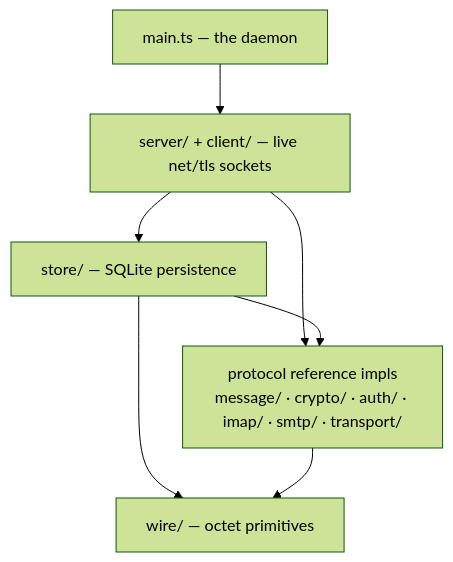
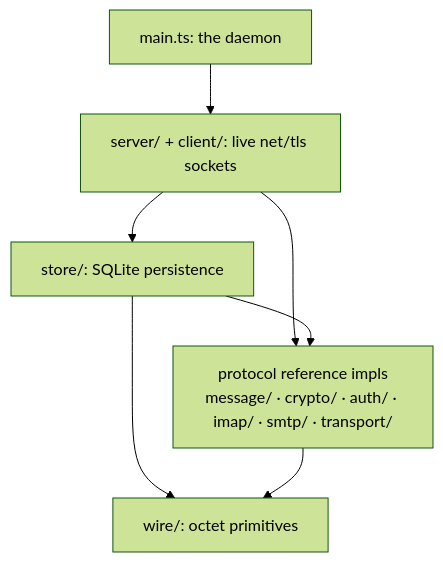
One commit to jamie-lord/cutiemail changed the fourth of 6 diagrams in docs/ARCHITECTURE.md. Above: the diagram before and after it, drawn with Mermaid (forest theme). The commit also changed other lines of this file and 58 other files, not shown here.

````diff
--- a/docs/ARCHITECTURE.md
+++ b/docs/ARCHITECTURE.md
@@ -119,9 +117,9 @@
 ```mermaid
 flowchart TB
-    main["main.ts — the daemon"] --> net["server/ + client/ — live net/tls sockets"]
-    net --> store["store/ — SQLite persistence"]
+    main["main.ts: the daemon"] --> net["server/ + client/: live net/tls sockets"]
+    net --> store["store/: SQLite persistence"]
     net --> proto["protocol reference impls<br/>message/ · crypto/ · auth/ · imap/ · smtp/ · transport/"]
     store --> proto
-    store --> wire["wire/ — octet primitives"]
+    store --> wire["wire/: octet primitives"]
     proto --> wire
 ```
````
